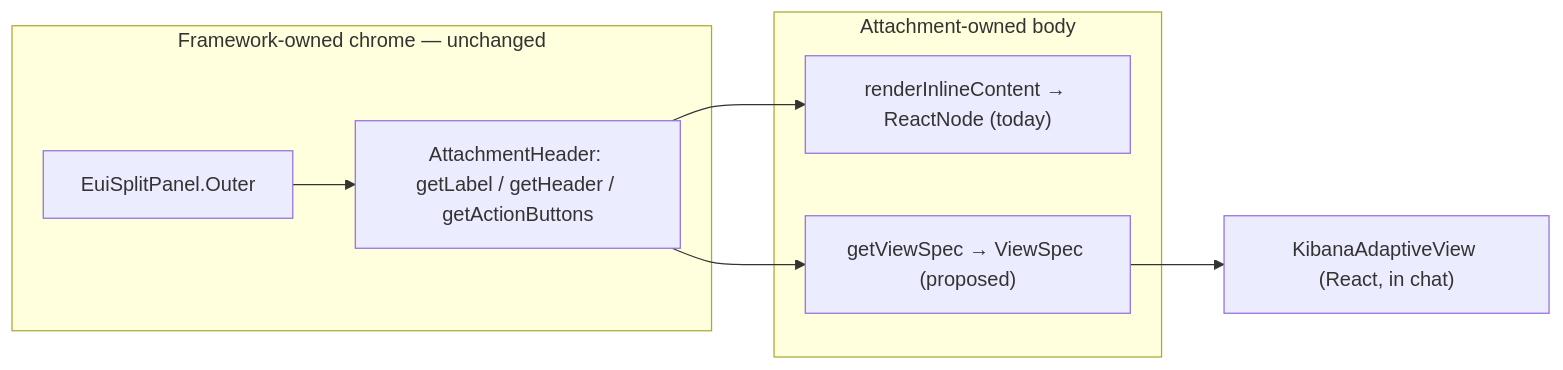
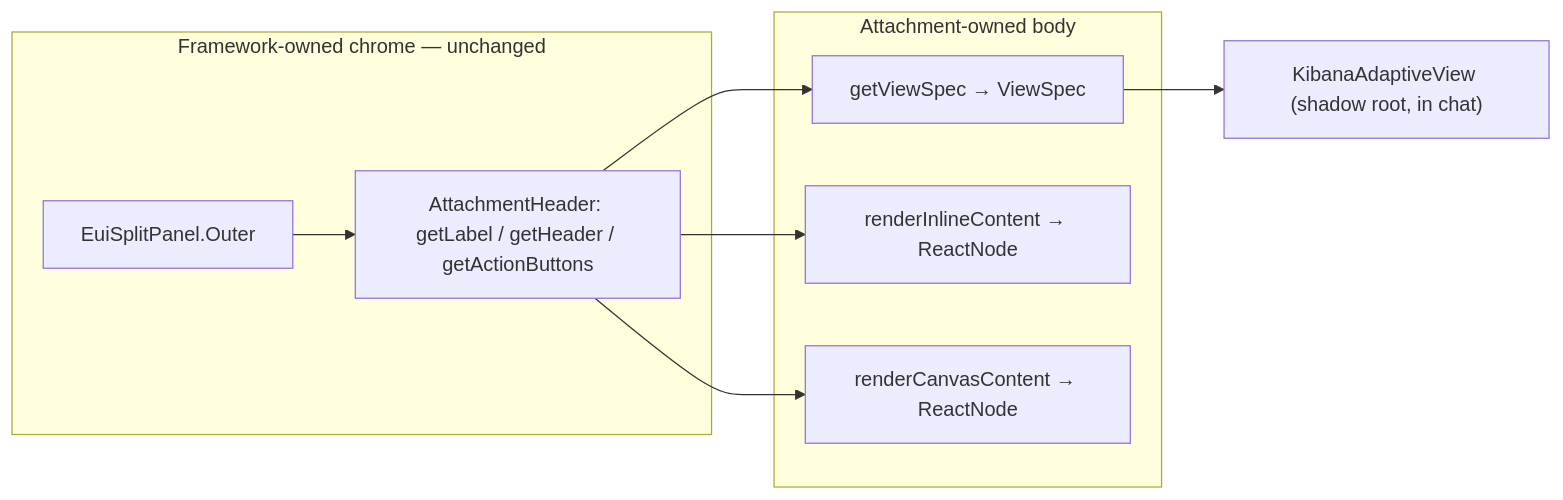
The diagram in dev_docs/spikes/adaptive_ui_attachment_body_seam.md (clintandrewhall/kibana), drawn with Mermaid before and after one commit. The commit also changed other lines of this file and 33 other files, not shown here.

First line of the commit message:
[Adaptive UI] Give native attachment types an Adaptive UI body via getViewSpec

````diff
--- a/dev_docs/spikes/adaptive_ui_attachment_body_seam.md
+++ b/dev_docs/spikes/adaptive_ui_attachment_body_seam.md
@@ -27,15 +25,17 @@
 ```mermaid
 flowchart LR
   subgraph frame [Framework-owned chrome — unchanged]
     outer["EuiSplitPanel.Outer"]
     hdr["AttachmentHeader: getLabel / getHeader / getActionButtons"]
   end
   subgraph body [Attachment-owned body]
-    inline["renderInlineContent → ReactNode (today)"]
-    spec["getViewSpec → ViewSpec (proposed)"]
+    spec["getViewSpec → ViewSpec"]
+    inline["renderInlineContent → ReactNode"]
+    canvas["renderCanvasContent → ReactNode"]
   end
   outer --> hdr
+  hdr --> spec
   hdr --> inline
-  hdr --> spec
-  spec --> av["KibanaAdaptiveView (React, in chat)"]
+  hdr --> canvas
+  spec --> av["KibanaAdaptiveView (shadow root, in chat)"]
 ```
````
